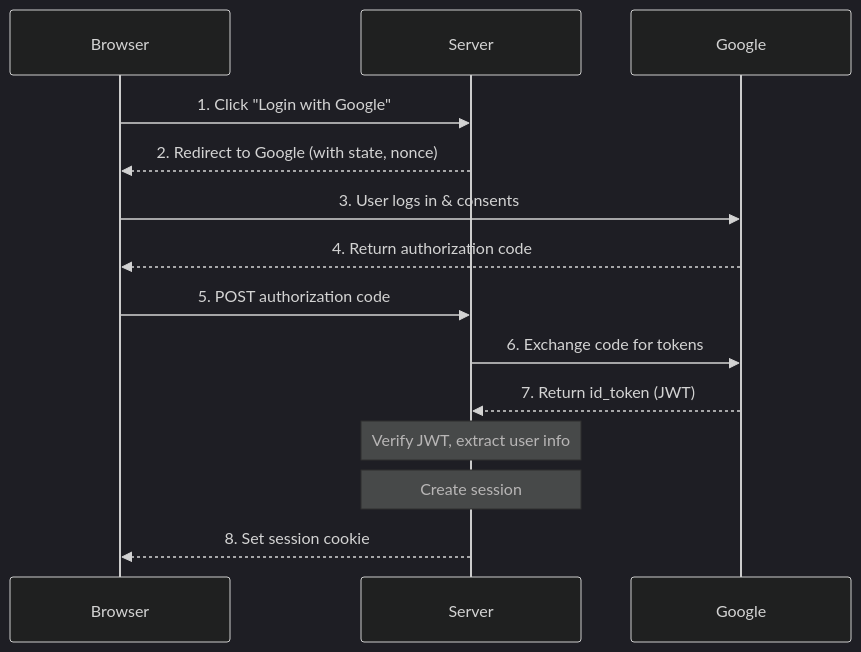
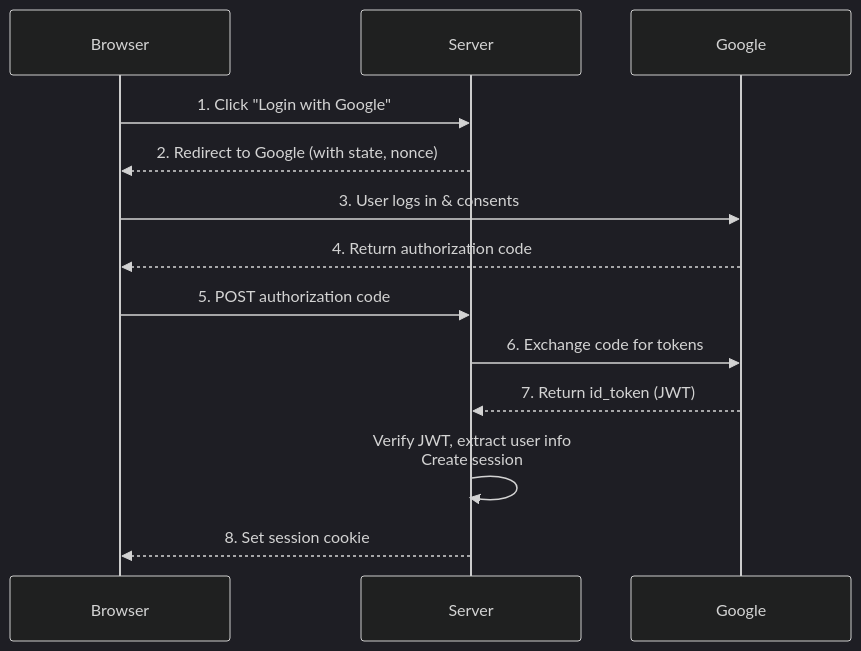
One commit to ktaka-ccmp/oauth2-passkey-talks changed the diagram in 2026-03-31-tokyo-rust/diagrams/oauth2-flow.mmd. Above: the diagram before and after it, drawn with Mermaid (dark theme). The commit also changed 20 other files, not shown here.

```diff
--- a/2026-03-31-tokyo-rust/diagrams/oauth2-flow.mmd
+++ b/2026-03-31-tokyo-rust/diagrams/oauth2-flow.mmd
@@ -1,16 +1,15 @@
 %%{init: {'sequence': {'width': 220}}}%%
 sequenceDiagram
     participant B as Browser
     participant S as Server
     participant G as Google
 
     B->>S: 1. Click "Login with Google"
     S-->>B: 2. Redirect to Google (with state, nonce)
     B->>G: 3. User logs in & consents
     G-->>B: 4. Return authorization code
     B->>S: 5. POST authorization code
     S->>G: 6. Exchange code for tokens
     G-->>S: 7. Return id_token (JWT)
-    Note over S: Verify JWT, extract user info
-    Note over S: Create session
+    S->>S: Verify JWT, extract user info<br/>Create session
     S-->>B: 8. Set session cookie
```
